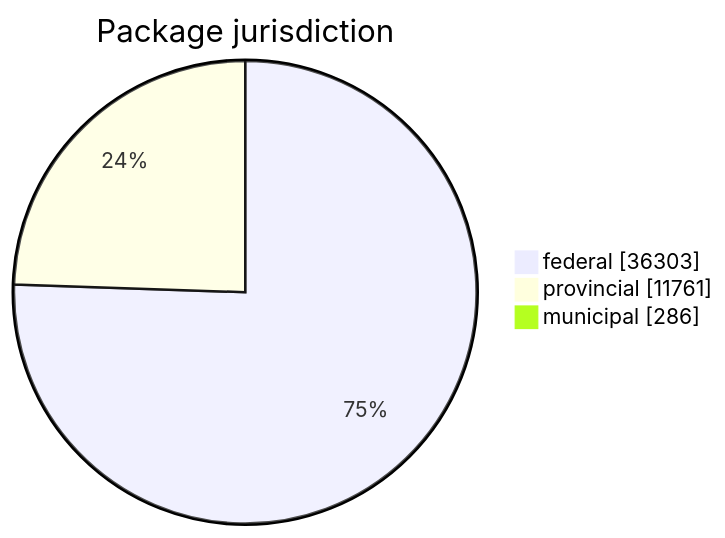
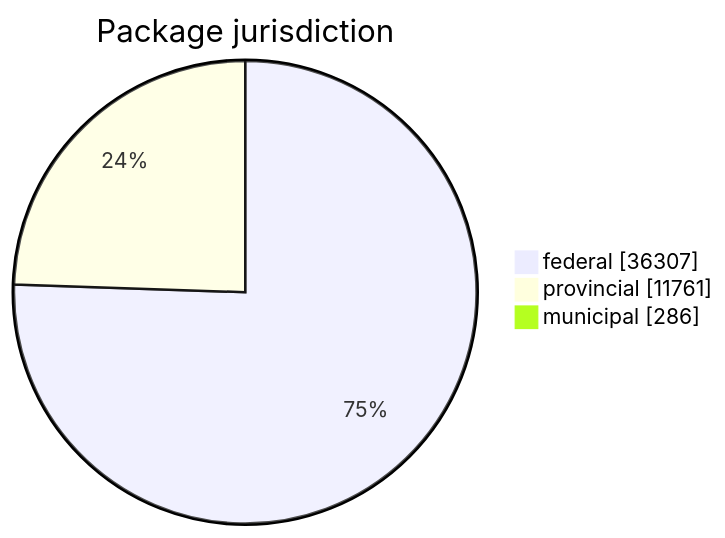
One commit to open-data/analytics-corporate-reporting changed the first of 5 diagrams in FreshCheck/README.md. Above: the diagram before and after it, drawn with Mermaid. The commit also changed other lines of this file and 3 other files, not shown here.

````diff
--- a/FreshCheck/README.md
+++ b/FreshCheck/README.md
@@ -60,6 +60,6 @@
 ```mermaid
 pie showData title Package jurisdiction
-    "federal": 36303
+    "federal": 36307
     "provincial": 11761
     "municipal": 286
 ```
````
